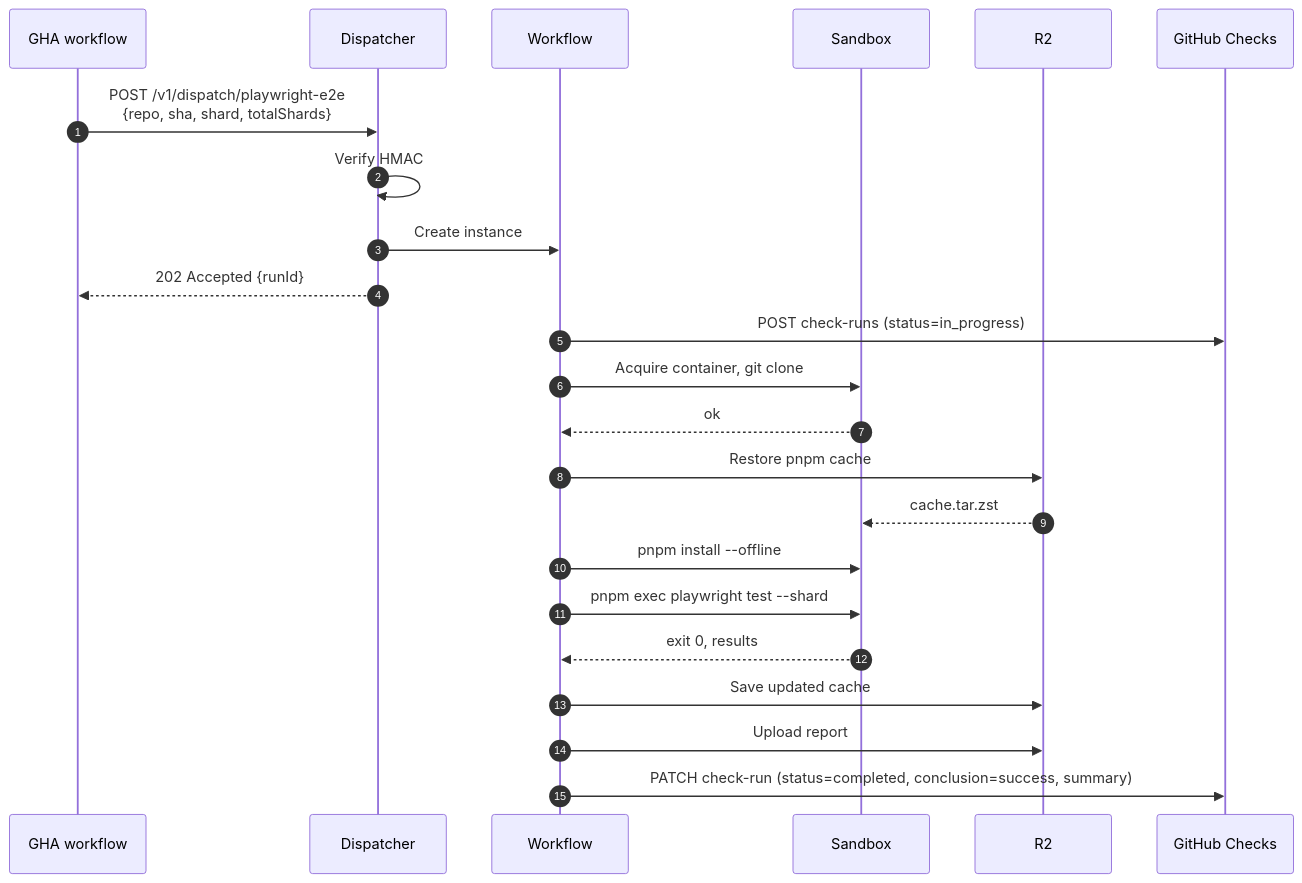
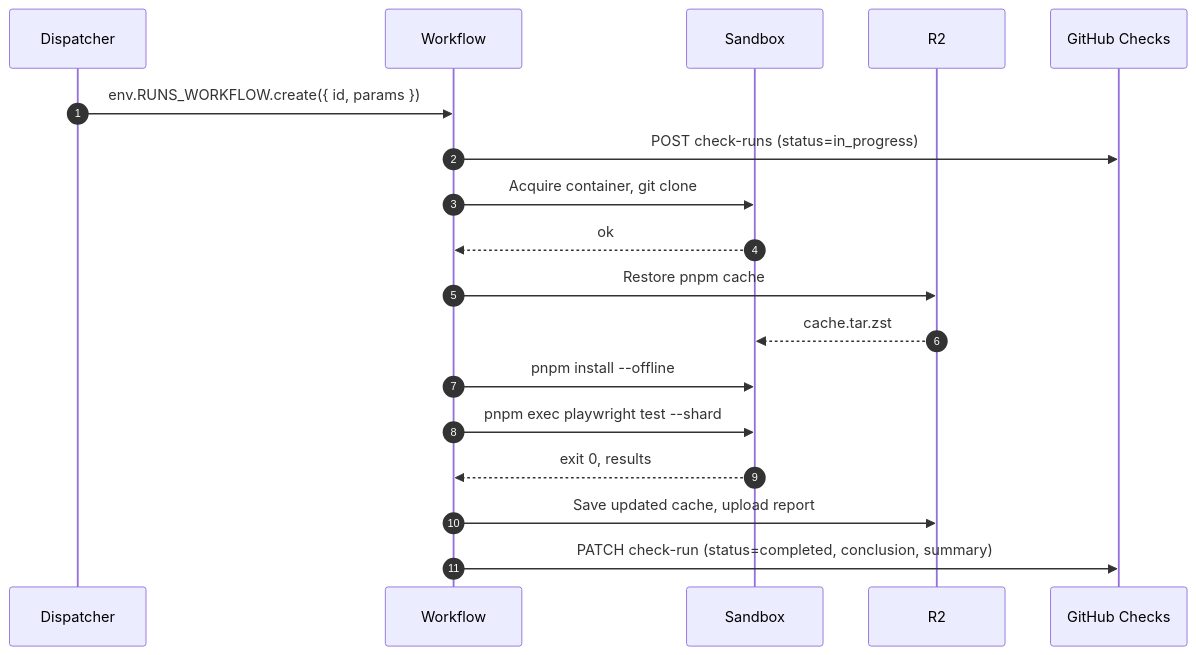
Before and after one commit to OpenHackersClub/flare-dispatch: the second of 3 diagrams in specs/01-architecture.md, drawn with Mermaid. The commit also changed other lines of this file and 9 other files, not shown here.

````diff
--- a/specs/01-architecture.md
+++ b/specs/01-architecture.md
@@ -142,27 +156,21 @@
 ```mermaid
 sequenceDiagram
   autonumber
-  participant GHA as GHA workflow
   participant DSP as Dispatcher
   participant WF as Workflow
   participant SB as Sandbox
   participant R2 as R2
   participant GH as GitHub Checks
 
-  GHA->>DSP: POST /v1/dispatch/playwright-e2e<br/>{repo, sha, shard, totalShards}
-  DSP->>DSP: Verify HMAC
-  DSP->>WF: Create instance
-  DSP-->>GHA: 202 Accepted {runId}
-
+  DSP->>WF: env.RUNS_WORKFLOW.create({ id, params })
   WF->>GH: POST check-runs (status=in_progress)
   WF->>SB: Acquire container, git clone
   SB-->>WF: ok
   WF->>R2: Restore pnpm cache
   R2-->>SB: cache.tar.zst
   WF->>SB: pnpm install --offline
   WF->>SB: pnpm exec playwright test --shard
   SB-->>WF: exit 0, results
-  WF->>R2: Save updated cache
-  WF->>R2: Upload report
-  WF->>GH: PATCH check-run (status=completed, conclusion=success, summary)
+  WF->>R2: Save updated cache, upload report
+  WF->>GH: PATCH check-run (status=completed, conclusion, summary)
 ```
````
